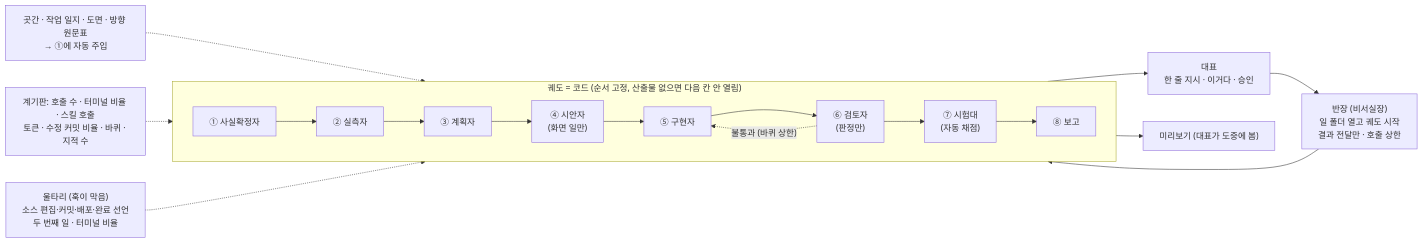
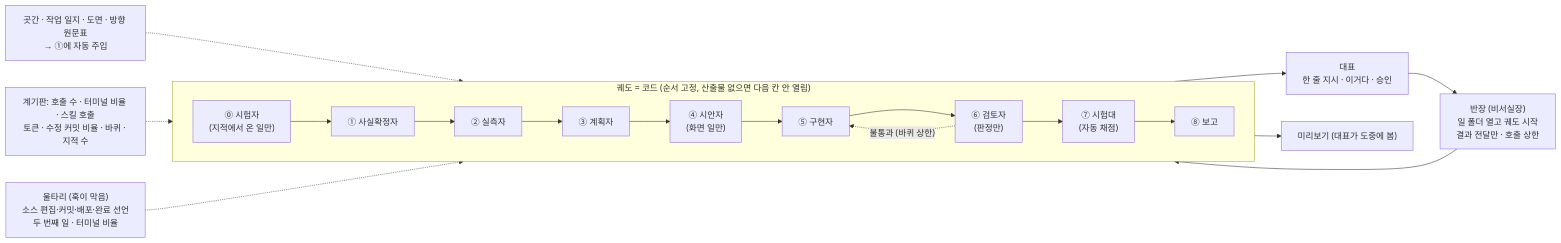
One commit to hafrli1203-lang/if-gongbang changed the first of 2 diagrams in docs/v2.md. Above: the diagram before and after it, drawn with Mermaid. The commit also changed other lines of this file and 4 other files, not shown here.

````diff
--- a/docs/v2.md
+++ b/docs/v2.md
@@ -20,15 +30,15 @@
 ```mermaid
 flowchart LR
   대표["대표\n한 줄 지시 · 이거다 · 승인"] --> 반장["반장 (비서실장)\n일 폴더 열고 궤도 시작\n결과 전달만 · 호출 상한"]
   반장 --> 궤도
   subgraph 궤도["궤도 = 코드 (순서 고정, 산출물 없으면 다음 칸 안 열림)"]
     direction LR
-    A["① 사실확정자"] --> B["② 실측자"] --> C["③ 계획자"] --> D["④ 시안자\n(화면 일만)"] --> E["⑤ 구현자"] --> F["⑥ 검토자\n(판정만)"] --> G["⑦ 시험대\n(자동 채점)"] --> H["⑧ 보고"]
+    Z["⓪ 시험자\n(지적에서 온 일만)"] --> A["① 사실확정자"] --> B["② 실측자"] --> C["③ 계획자"] --> D["④ 시안자\n(화면 일만)"] --> E["⑤ 구현자"] --> F["⑥ 검토자\n(판정만)"] --> G["⑦ 시험대\n(자동 채점)"] --> H["⑧ 보고"]
     F -. "불통과 (바퀴 상한)" .-> E
   end
   궤도 --> 미리보기["미리보기 (대표가 도중에 봄)"]
   H --> 대표
   울타리["울타리 (훅이 막음)\n소스 편집·커밋·배포·완료 선언\n두 번째 일 · 터미널 비율"] -.-> 궤도
   곳간["곳간 · 작업 일지 · 도면 · 방향 원문표\n→ ①에 자동 주입"] -.-> A
   계기판["계기판: 호출 수 · 터미널 비율 · 스킬 호출\n토큰 · 수정 커밋 비율 · 바퀴 · 지적 수"] -.-> H
 ```
````
